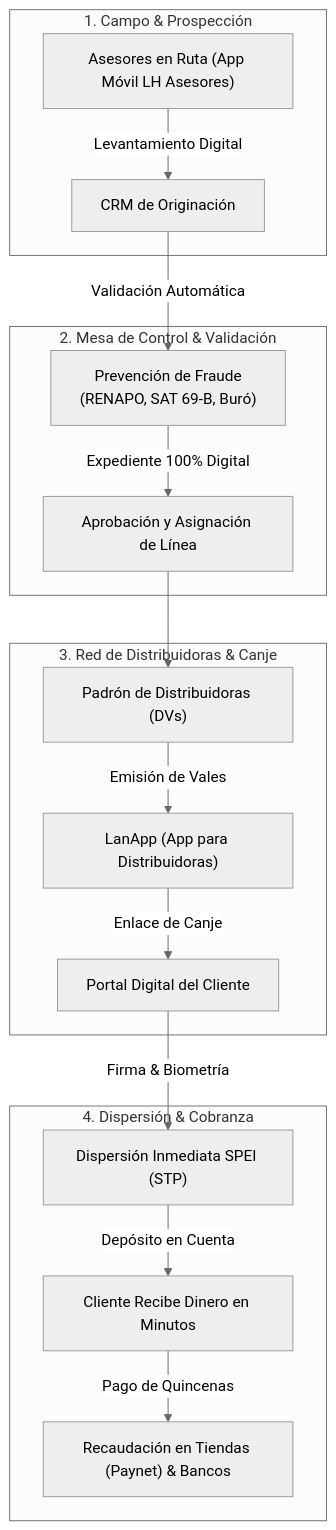
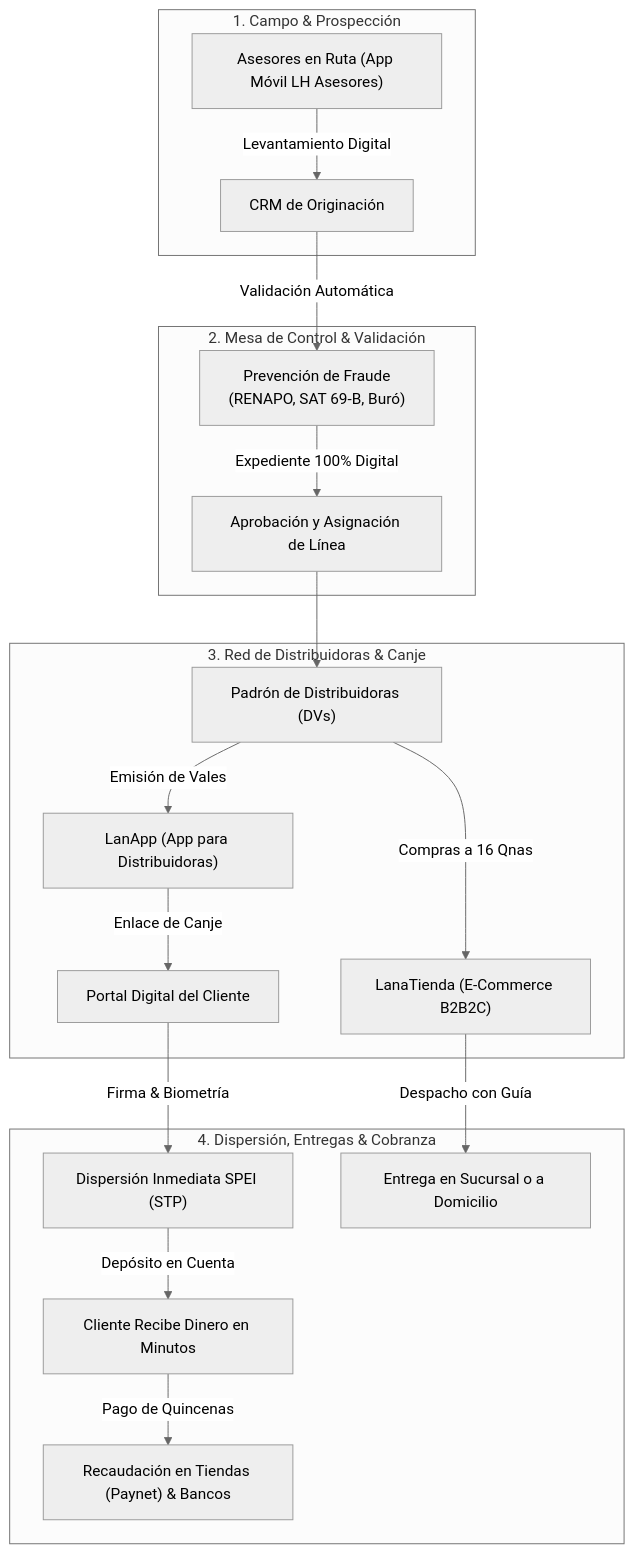
The diagram in DOCUMENTACION_GENERAL.md (CarlosMartinezLH/SystemCore_LH), drawn with Mermaid (neutral theme) before and after one commit. The commit also changed other lines of this file and 3 other files, not shown here.

Commit message:
docs: actualizar documentacion tecnica (README.md) y publica (DOCUMENTACION_GENERAL.md) con LanaTienda, Configuracion y Ciberseguridad

````diff
--- a/DOCUMENTACION_GENERAL.md
+++ b/DOCUMENTACION_GENERAL.md
@@ -21,23 +22,25 @@
 ```mermaid
 flowchart TD
     subgraph Campo ["1. Campo & Prospección"]
         A["Asesores en Ruta (App Móvil LH Asesores)"] -->|Levantamiento Digital| B["CRM de Originación"]
     end
 
     subgraph Control ["2. Mesa de Control & Validación"]
         B -->|Validación Automática| C["Prevención de Fraude\n(RENAPO, SAT 69-B, Buró)"]
         C -->|Expediente 100% Digital| D["Aprobación y Asignación de Línea"]
     end
 
     subgraph Distribucion ["3. Red de Distribuidoras & Canje"]
         D --> E["Padrón de Distribuidoras (DVs)"]
         E -->|Emisión de Vales| F["LanApp (App para Distribuidoras)"]
+        E -->|Compras a 16 Qnas| T["LanaTienda (E-Commerce B2B2C)"]
         F -->|Enlace de Canje| G["Portal Digital del Cliente"]
     end
 
-    subgraph Finanzas ["4. Dispersión & Cobranza"]
+    subgraph Finanzas ["4. Dispersión, Entregas & Cobranza"]
         G -->|Firma & Biometría| H["Dispersión Inmediata SPEI (STP)"]
+        T -->|Despacho con Guía| DESP["Entrega en Sucursal o a Domicilio"]
         H -->|Depósito en Cuenta| I["Cliente Recibe Dinero en Minutos"]
         I -->|Pago de Quincenas| J["Recaudación en Tiendas (Paynet) & Bancos"]
     end
 ```
````
